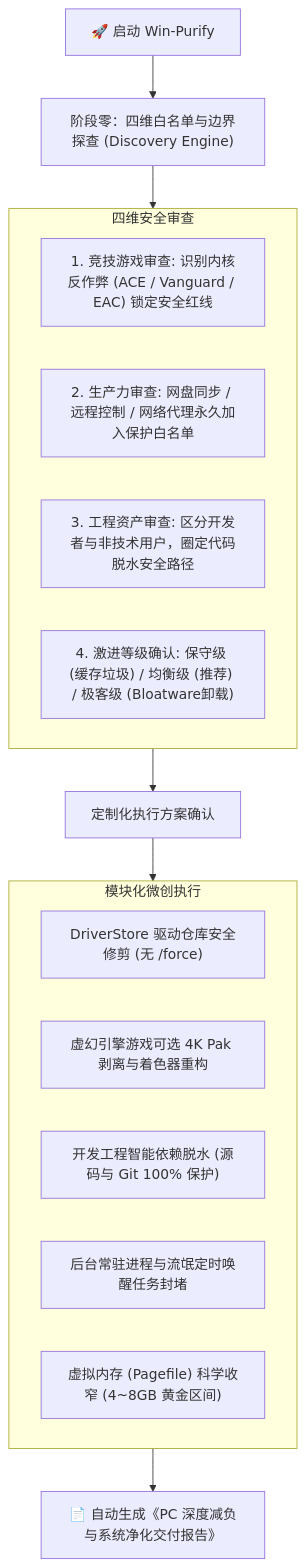
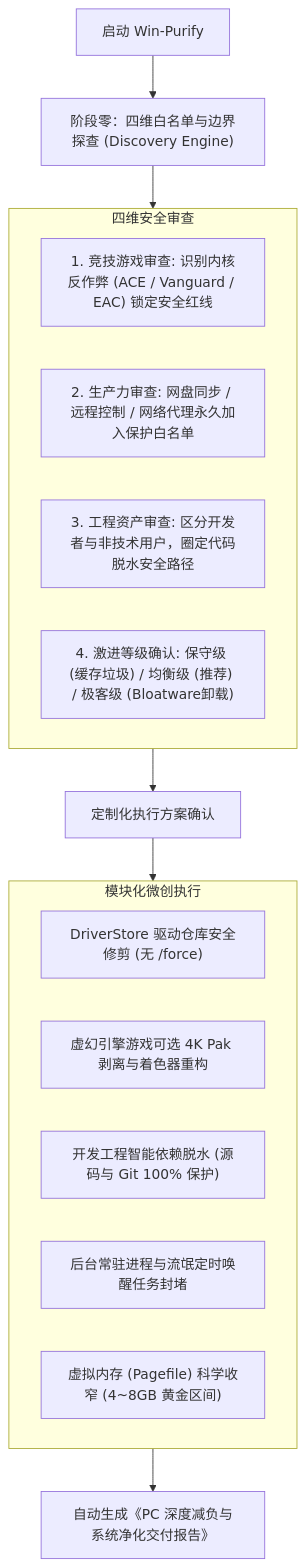
One commit to AayuBal/win-purify changed the diagram in README.md. Above: the diagram before and after it, drawn with Mermaid. The commit also changed other lines of this file and 1 other file, not shown here.

````diff
--- a/README.md
+++ b/README.md
@@ -96,25 +96,25 @@
 ```mermaid
 flowchart TD
-    A["🚀 启动 Win-Purify"] --> B["阶段零：四维白名单与边界探查 (Discovery Engine)"]
+    A["启动 Win-Purify"] --> B["阶段零：四维白名单与边界探查 (Discovery Engine)"]
     
     subgraph Discovery ["四维安全审查"]
         B1["1. 竞技游戏审查: 识别内核反作弊 (ACE / Vanguard / EAC) 锁定安全红线"]
         B2["2. 生产力审查: 网盘同步 / 远程控制 / 网络代理永久加入保护白名单"]
         B3["3. 工程资产审查: 区分开发者与非技术用户，圈定代码脱水安全路径"]
         B4["4. 激进等级确认: 保守级 (缓存垃圾) / 均衡级 (推荐) / 极客级 (Bloatware卸载)"]
     end
     
     B --> Discovery
     Discovery --> C["定制化执行方案确认"]
     
     subgraph Execution ["模块化微创执行"]
         C1["DriverStore 驱动仓库安全修剪 (无 /force)"]
         C2["虚幻引擎游戏可选 4K Pak 剥离与着色器重构"]
         C3["开发工程智能依赖脱水 (源码与 Git 100% 保护)"]
         C4["后台常驻进程与流氓定时唤醒任务封堵"]
         C5["虚拟内存 (Pagefile) 科学收窄 (4~8GB 黄金区间)"]
     end
     
     C --> Execution
-    Execution --> D["📄 自动生成《PC 深度减负与系统净化交付报告》"]
+    Execution --> D["自动生成《PC 深度减负与系统净化交付报告》"]
 ```
````
